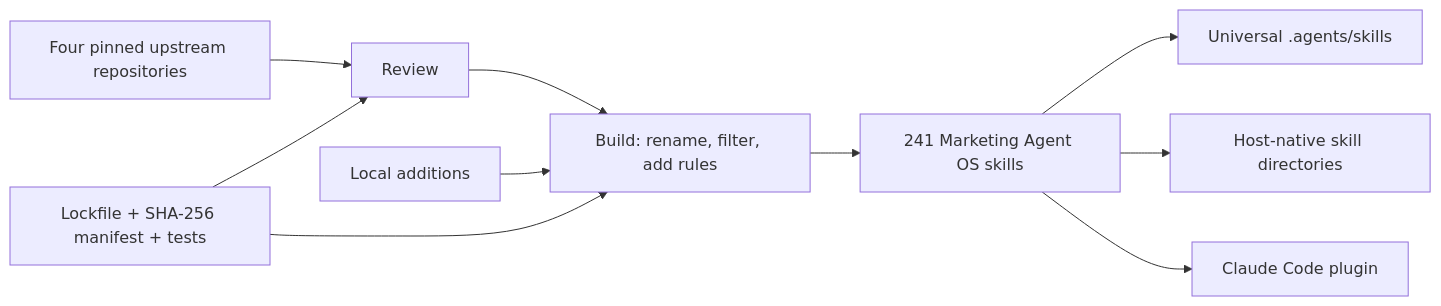
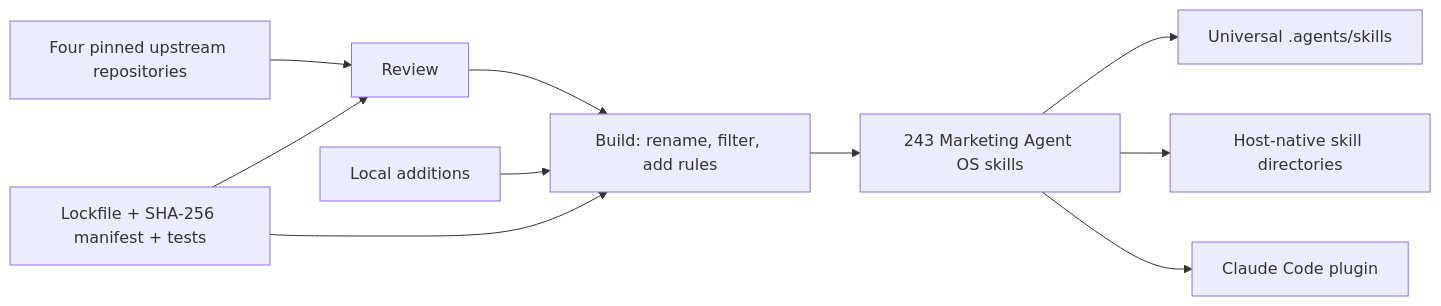
Before and after one commit to iamwaqargulzar/Marketing-Agent-OS: the diagram in README.md, drawn with Mermaid. The commit also changed other lines of this file and 852 other files, not shown here.

````diff
--- a/README.md
+++ b/README.md
@@ -140,12 +142,12 @@
 ```mermaid
 flowchart LR
     A["Four pinned upstream repositories"] --> B["Review"]
     B --> C["Build: rename, filter, add rules"]
     H["Local additions"] --> C
-    C --> I["241 Marketing Agent OS skills"]
+    C --> I["243 Marketing Agent OS skills"]
     I --> D["Universal .agents/skills"]
     I --> E["Host-native skill directories"]
     I --> F["Claude Code plugin"]
     G["Lockfile + SHA-256 manifest + tests"] --> B
     G --> C
 ```
````
